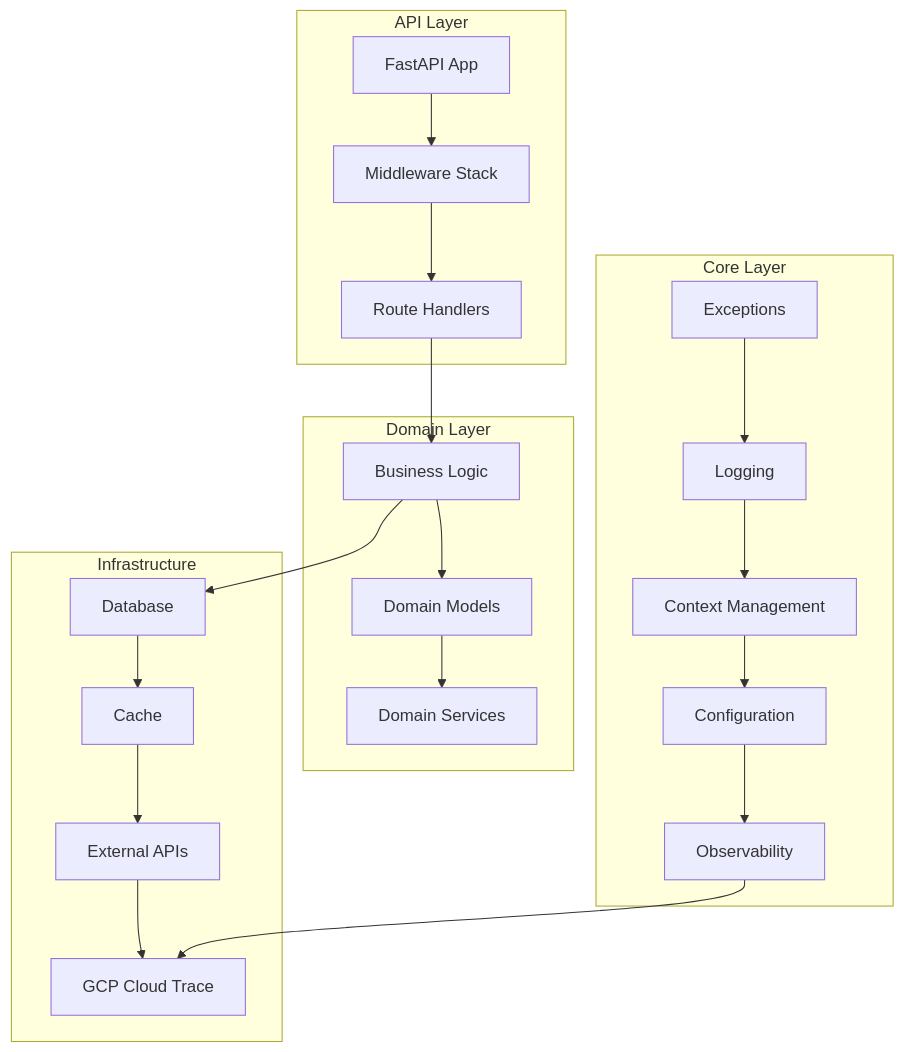
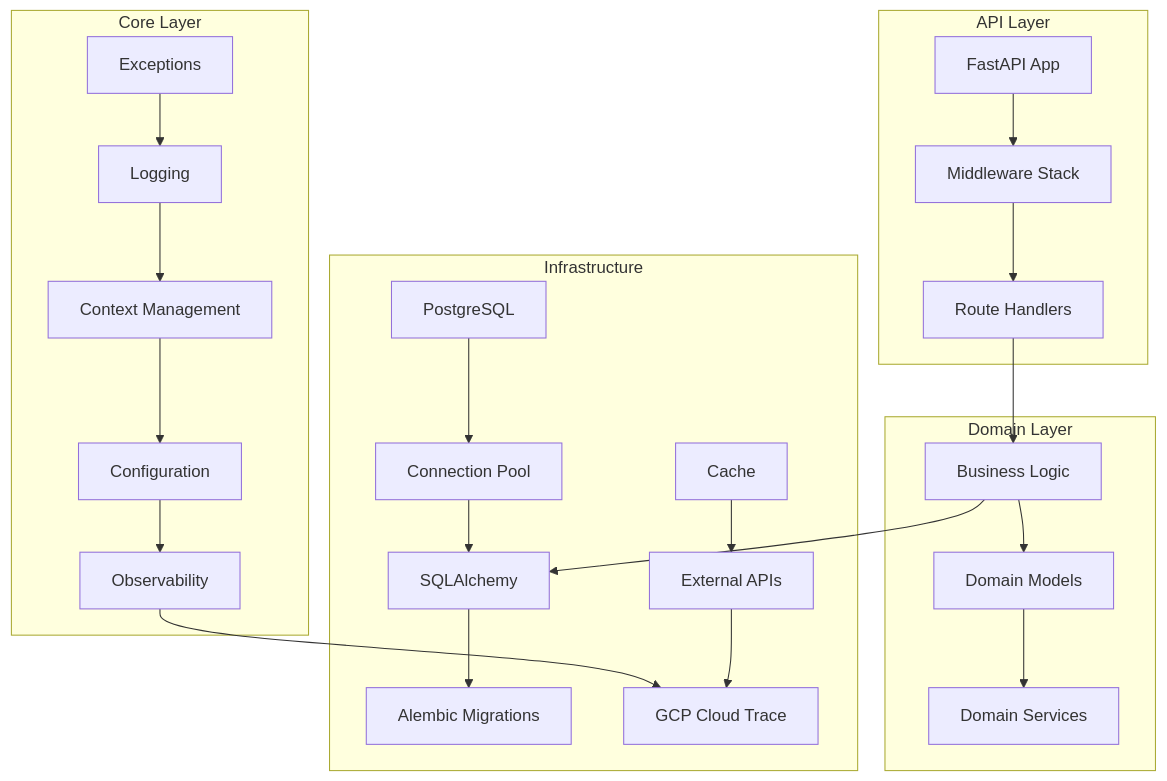
One commit to STICORP/tributum-back changed the first of 3 diagrams in README.md. Above: the diagram before and after it, drawn with Mermaid. The commit also changed other lines of this file, not shown here.

First line of the commit message:
docs: update README with database infrastructure and v0.3.0 features

````diff
--- a/README.md
+++ b/README.md
@@ -127,29 +138,31 @@
 ```mermaid
 graph TB
     subgraph "API Layer"
         A[FastAPI App] --> B[Middleware Stack]
         B --> C[Route Handlers]
     end
 
     subgraph "Core Layer"
         D[Exceptions] --> E[Logging]
         E --> F[Context Management]
         F --> G[Configuration]
         G --> H[Observability]
     end
 
     subgraph "Domain Layer"
         I[Business Logic] --> J[Domain Models]
         J --> K[Domain Services]
     end
 
     subgraph "Infrastructure"
-        L[Database] --> M[Cache]
-        M --> N[External APIs]
-        N --> O[GCP Cloud Trace]
+        L[PostgreSQL] --> M[Connection Pool]
+        M --> N[SQLAlchemy]
+        N --> O[Alembic Migrations]
+        P[Cache] --> Q[External APIs]
+        Q --> R[GCP Cloud Trace]
     end
 
     C --> I
-    I --> L
-    H --> O
+    I --> N
+    H --> R
 ```
````
